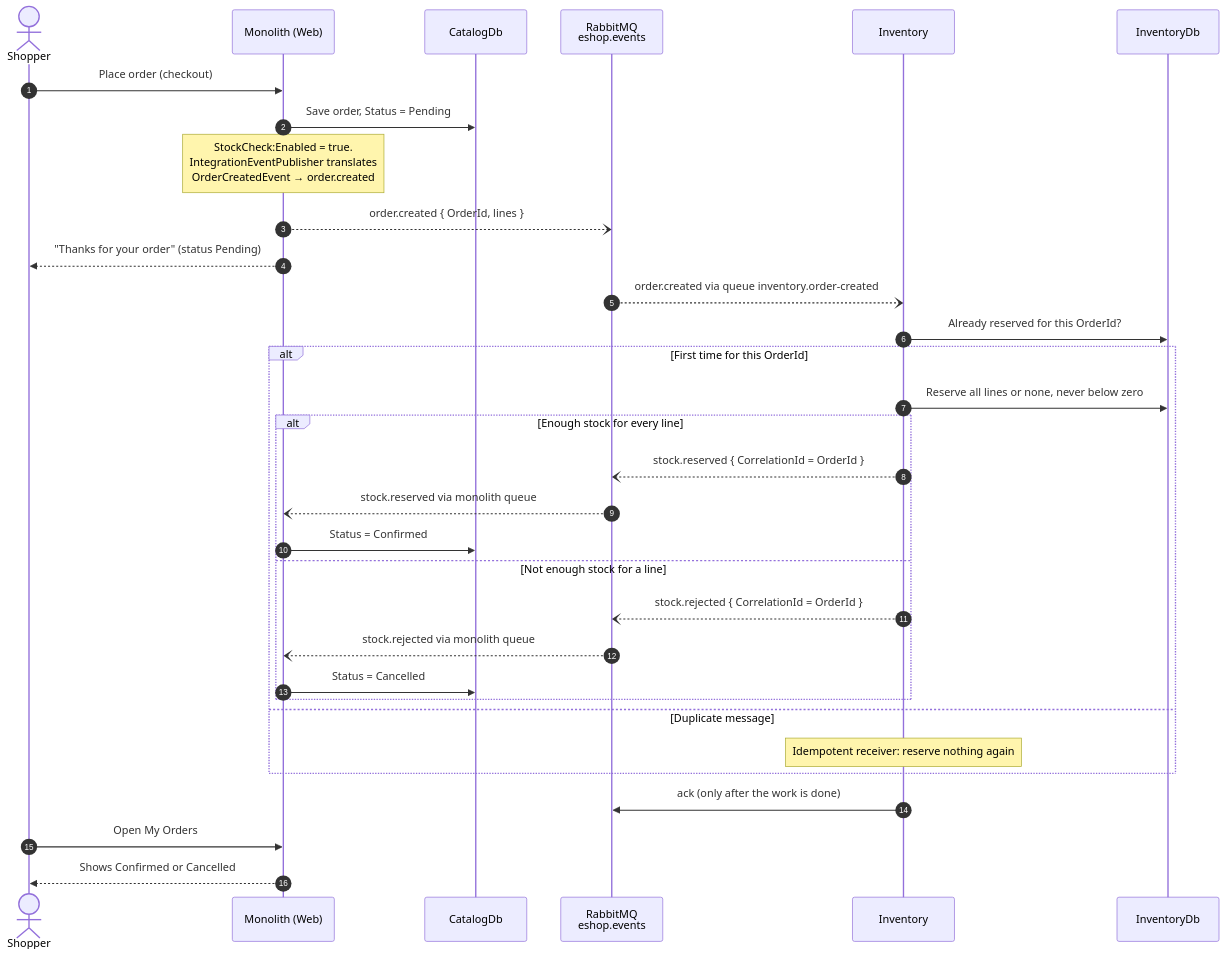
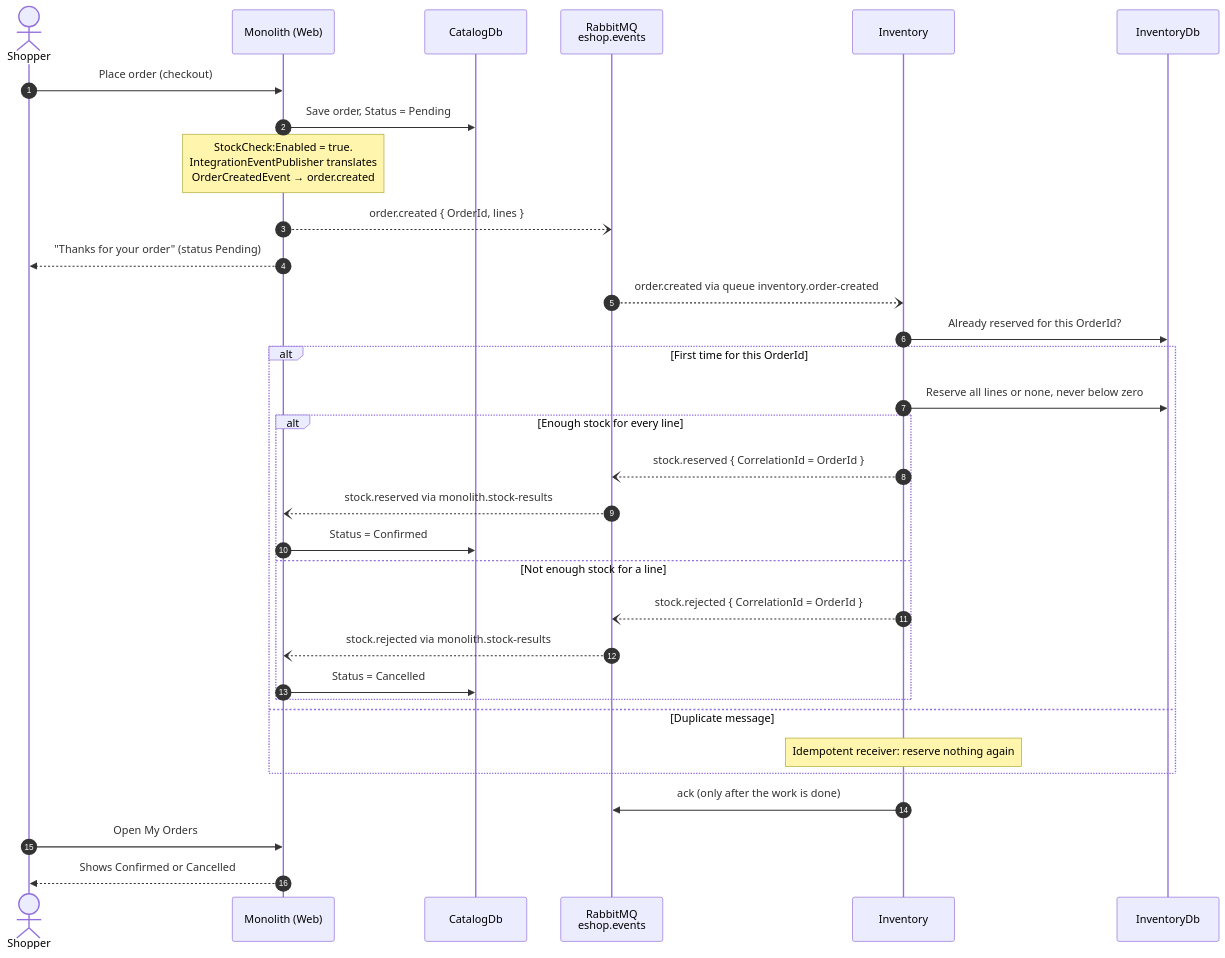
One commit to shoaibalirts/eShopOnWeb changed the second of 2 diagrams in architecture/02-target-architecture.md. Above: the diagram before and after it, drawn with Mermaid. The commit also changed other lines of this file and 5 other files, not shown here.

````diff
--- a/architecture/02-target-architecture.md
+++ b/architecture/02-target-architecture.md
@@ -83,35 +83,35 @@
 ```mermaid
 sequenceDiagram
     autonumber
     actor U as Shopper
     participant M as Monolith (Web)
     participant MDB as CatalogDb
     participant EX as RabbitMQ<br/>eshop.events
     participant I as Inventory
     participant IDB as InventoryDb
 
     U->>M: Place order (checkout)
     M->>MDB: Save order, Status = Pending
     Note over M: StockCheck:Enabled = true.<br/>IntegrationEventPublisher translates<br/>OrderCreatedEvent → order.created
     M--)EX: order.created { OrderId, lines }
     M-->>U: "Thanks for your order" (status Pending)
     EX--)I: order.created via queue inventory.order-created
     I->>IDB: Already reserved for this OrderId?
     alt First time for this OrderId
         I->>IDB: Reserve all lines or none, never below zero
         alt Enough stock for every line
             I--)EX: stock.reserved { CorrelationId = OrderId }
-            EX--)M: stock.reserved via monolith queue
+            EX--)M: stock.reserved via monolith.stock-results
             M->>MDB: Status = Confirmed
         else Not enough stock for a line
             I--)EX: stock.rejected { CorrelationId = OrderId }
-            EX--)M: stock.rejected via monolith queue
+            EX--)M: stock.rejected via monolith.stock-results
             M->>MDB: Status = Cancelled
         end
     else Duplicate message
         Note over I: Idempotent receiver: reserve nothing again
     end
     I->>EX: ack (only after the work is done)
     U->>M: Open My Orders
     M-->>U: Shows Confirmed or Cancelled
 ```
````
